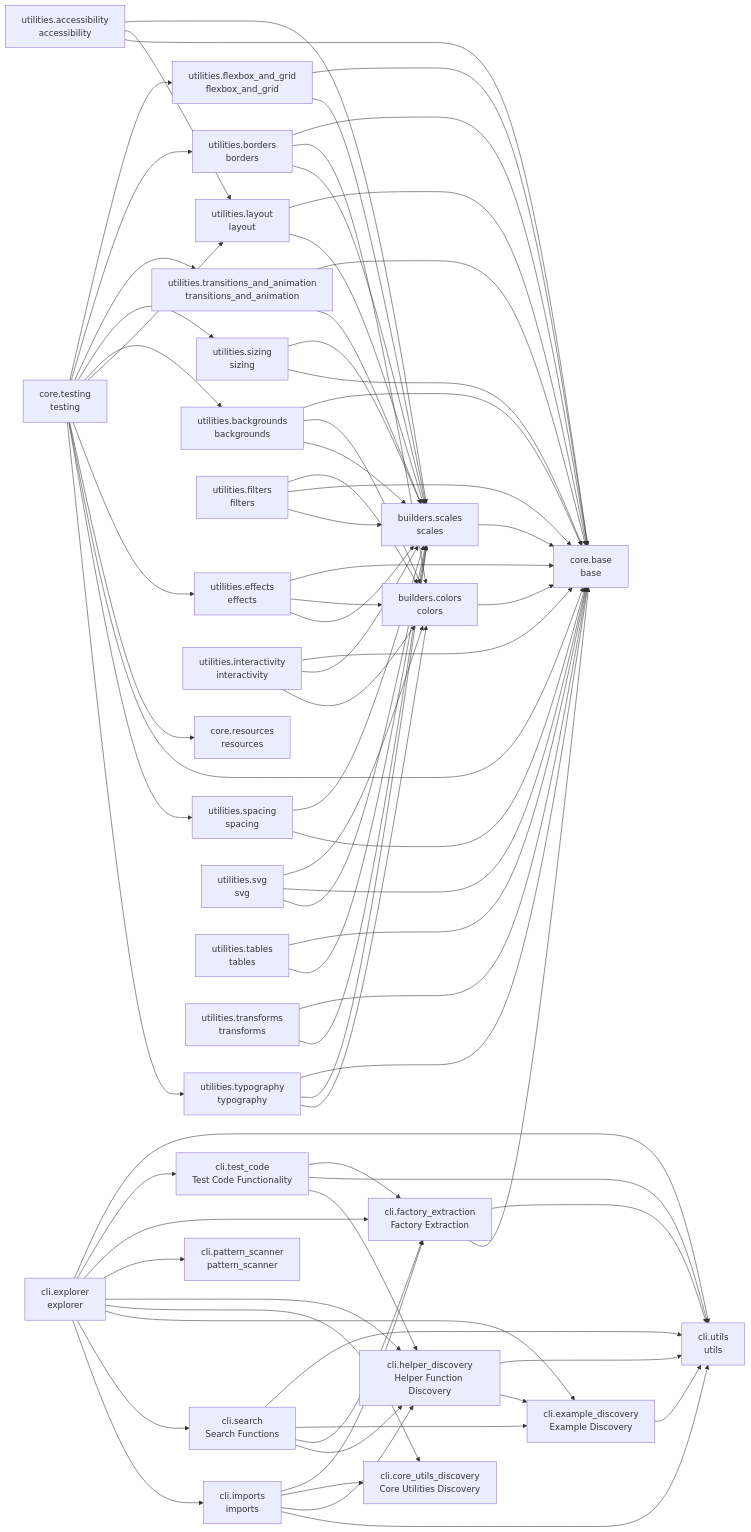
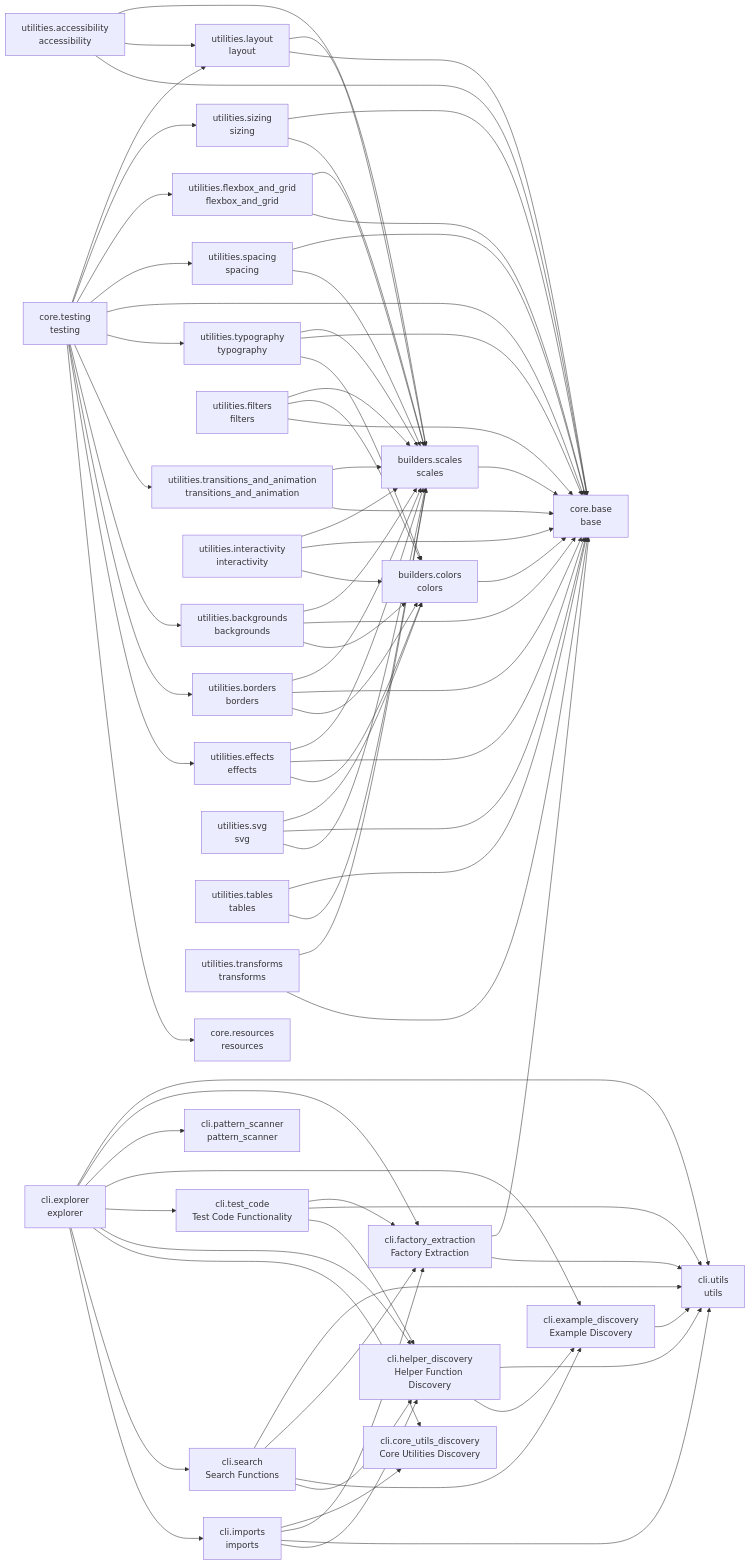
Before and after one commit to cj-mills/cjm-fasthtml-tailwind: the diagram in README.md, drawn with Mermaid. The commit also changed other lines of this file and 4 other files, not shown here.

````diff
--- a/README.md
+++ b/README.md
@@ -88,76 +88,76 @@
     builders_scales --> core_base
     cli_example_discovery --> cli_utils
     cli_explorer --> cli_utils
-    cli_explorer --> cli_test_code
     cli_explorer --> cli_factory_extraction
     cli_explorer --> cli_pattern_scanner
+    cli_explorer --> cli_example_discovery
+    cli_explorer --> cli_test_code
     cli_explorer --> cli_helper_discovery
     cli_explorer --> cli_core_utils_discovery
-    cli_explorer --> cli_example_discovery
     cli_explorer --> cli_search
     cli_explorer --> cli_imports
+    cli_factory_extraction --> core_base
     cli_factory_extraction --> cli_utils
-    cli_factory_extraction --> core_base
     cli_helper_discovery --> cli_utils
     cli_helper_discovery --> cli_example_discovery
+    cli_imports --> cli_core_utils_discovery
     cli_imports --> cli_factory_extraction
-    cli_imports --> cli_core_utils_discovery
+    cli_imports --> cli_utils
     cli_imports --> cli_helper_discovery
-    cli_imports --> cli_utils
     cli_search --> cli_utils
+    cli_search --> cli_factory_extraction
     cli_search --> cli_example_discovery
-    cli_search --> cli_factory_extraction
     cli_search --> cli_helper_discovery
     cli_test_code --> cli_factory_extraction
     cli_test_code --> cli_utils
     cli_test_code --> cli_helper_discovery
+    core_testing --> utilities_layout
+    core_testing --> utilities_sizing
     core_testing --> utilities_flexbox_and_grid
+    core_testing --> utilities_spacing
+    core_testing --> core_base
+    core_testing --> utilities_typography
+    core_testing --> utilities_transitions_and_animation
+    core_testing --> utilities_backgrounds
     core_testing --> utilities_borders
-    core_testing --> utilities_transitions_and_animation
-    core_testing --> utilities_sizing
-    core_testing --> utilities_backgrounds
-    core_testing --> utilities_layout
     core_testing --> utilities_effects
     core_testing --> core_resources
-    core_testing --> core_base
-    core_testing --> utilities_spacing
-    core_testing --> utilities_typography
     utilities_accessibility --> builders_scales
     utilities_accessibility --> utilities_layout
     utilities_accessibility --> core_base
+    utilities_backgrounds --> builders_scales
     utilities_backgrounds --> core_base
     utilities_backgrounds --> builders_colors
-    utilities_backgrounds --> builders_scales
+    utilities_borders --> builders_scales
     utilities_borders --> core_base
     utilities_borders --> builders_colors
-    utilities_borders --> builders_scales
+    utilities_effects --> builders_scales
     utilities_effects --> core_base
     utilities_effects --> builders_colors
-    utilities_effects --> builders_scales
+    utilities_filters --> builders_scales
     utilities_filters --> builders_colors
     utilities_filters --> core_base
-    utilities_filters --> builders_scales
+    utilities_flexbox_and_grid --> builders_scales
     utilities_flexbox_and_grid --> core_base
-    utilities_flexbox_and_grid --> builders_scales
+    utilities_interactivity --> builders_scales
     utilities_interactivity --> core_base
-    utilities_interactivity --> builders_scales
     utilities_interactivity --> builders_colors
+    utilities_layout --> builders_scales
     utilities_layout --> core_base
-    utilities_layout --> builders_scales
+    utilities_sizing --> core_base
     utilities_sizing --> builders_scales
-    utilities_sizing --> core_base
+    utilities_spacing --> core_base
     utilities_spacing --> builders_scales
-    utilities_spacing --> core_base
     utilities_svg --> builders_colors
     utilities_svg --> core_base
     utilities_svg --> builders_scales
     utilities_tables --> core_base
     utilities_tables --> builders_scales
+    utilities_transforms --> builders_scales
     utilities_transforms --> core_base
-    utilities_transforms --> builders_scales
+    utilities_transitions_and_animation --> builders_scales
     utilities_transitions_and_animation --> core_base
-    utilities_transitions_and_animation --> builders_scales
+    utilities_typography --> builders_scales
     utilities_typography --> core_base
-    utilities_typography --> builders_scales
     utilities_typography --> builders_colors
 ```
````
